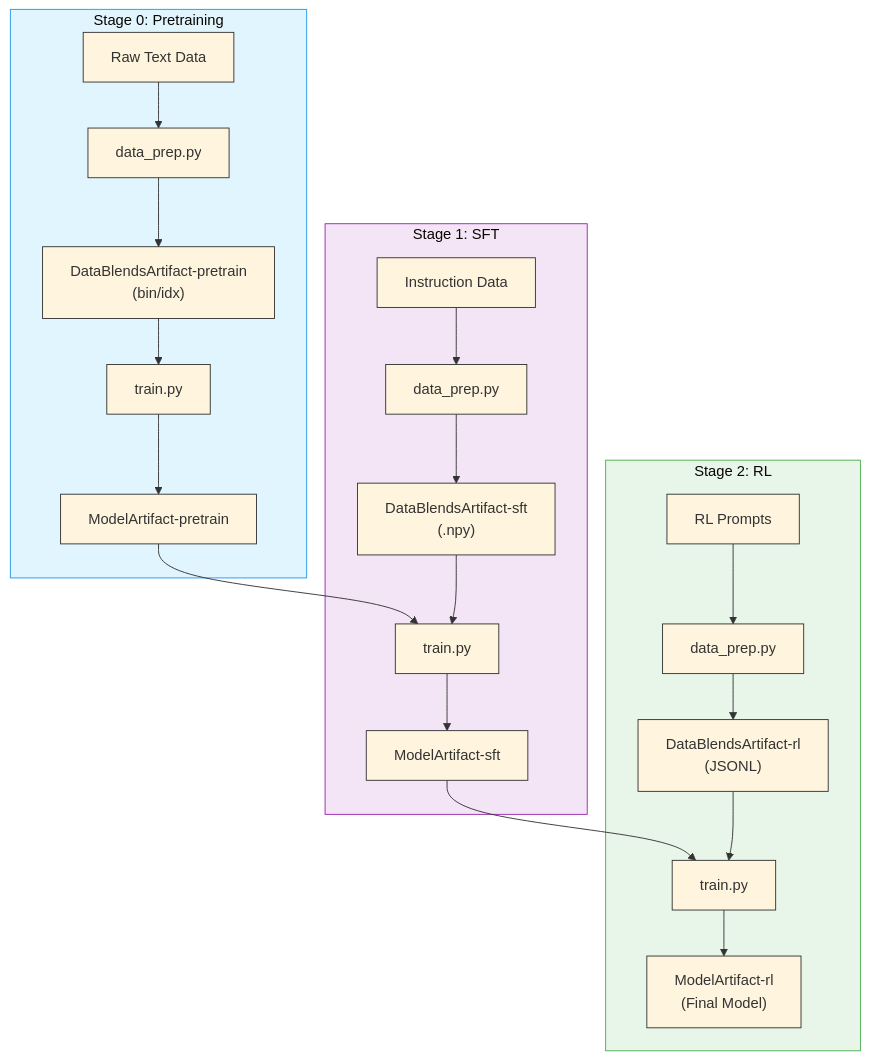
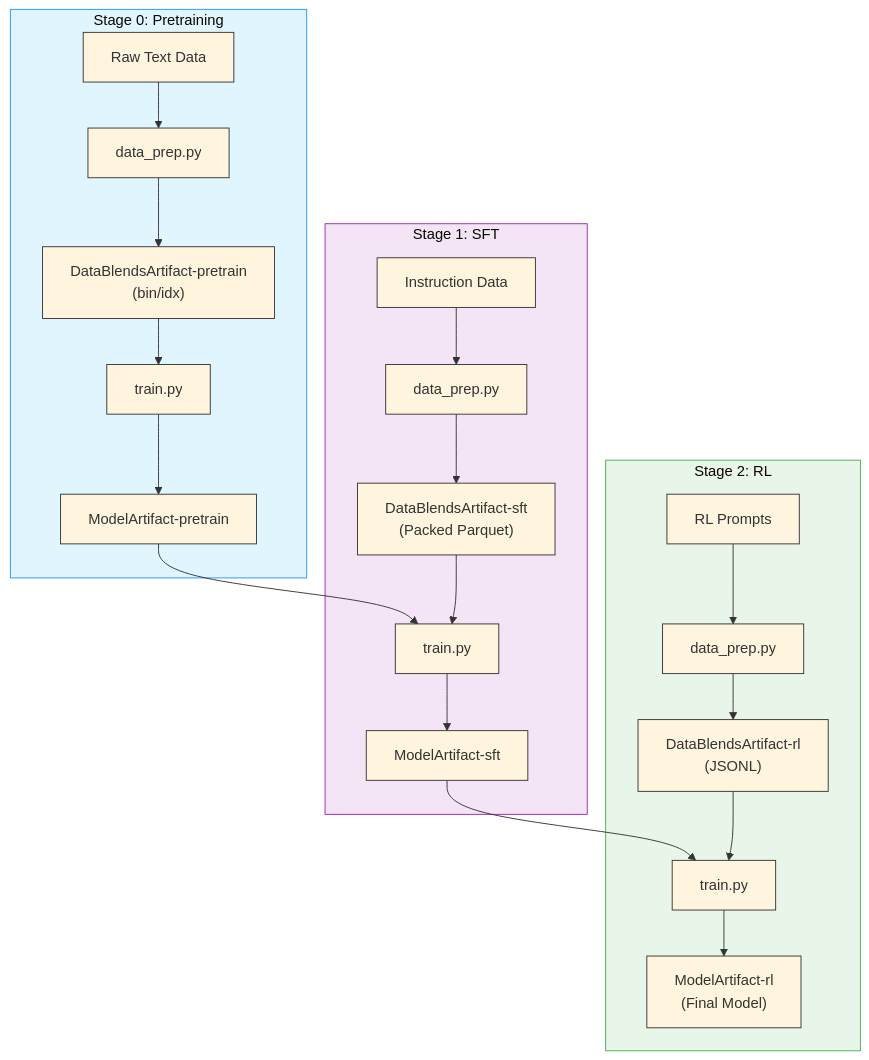
The diagram in docs/nemo_runspec/artifacts.md (akao47/Nemotron), drawn with Mermaid before and after one commit. The commit also changed other lines of this file and 21 other files, not shown here.

````diff
--- a/docs/nemo_runspec/artifacts.md
+++ b/docs/nemo_runspec/artifacts.md
@@ -18,30 +18,30 @@
 ```mermaid
 %%{init: {'theme': 'base', 'themeVariables': { 'primaryBorderColor': '#333333', 'lineColor': '#333333', 'primaryTextColor': '#333333', 'clusterBkg': '#ffffff', 'clusterBorder': '#333333'}}}%%
 flowchart TB
     subgraph stage0["Stage 0: Pretraining"]
         raw0["Raw Text Data"] --> dp0["data_prep.py"]
         dp0 --> data0["DataBlendsArtifact-pretrain<br/>(bin/idx)"]
         data0 --> train0["train.py"]
         train0 --> model0["ModelArtifact-pretrain"]
     end
 
     subgraph stage1["Stage 1: SFT"]
         raw1["Instruction Data"] --> dp1["data_prep.py"]
-        dp1 --> data1["DataBlendsArtifact-sft<br/>(.npy)"]
+        dp1 --> data1["DataBlendsArtifact-sft<br/>(Packed Parquet)"]
         model0 --> train1["train.py"]
         data1 --> train1
         train1 --> model1["ModelArtifact-sft"]
     end
 
     subgraph stage2["Stage 2: RL"]
         raw2["RL Prompts"] --> dp2["data_prep.py"]
         dp2 --> data2["DataBlendsArtifact-rl<br/>(JSONL)"]
         model1 --> train2["train.py"]
         data2 --> train2
         train2 --> model2["ModelArtifact-rl<br/>(Final Model)"]
     end
 
     style stage0 fill:#e1f5fe,stroke:#2196f3
     style stage1 fill:#f3e5f5,stroke:#9c27b0
     style stage2 fill:#e8f5e9,stroke:#4caf50
 ```
````
